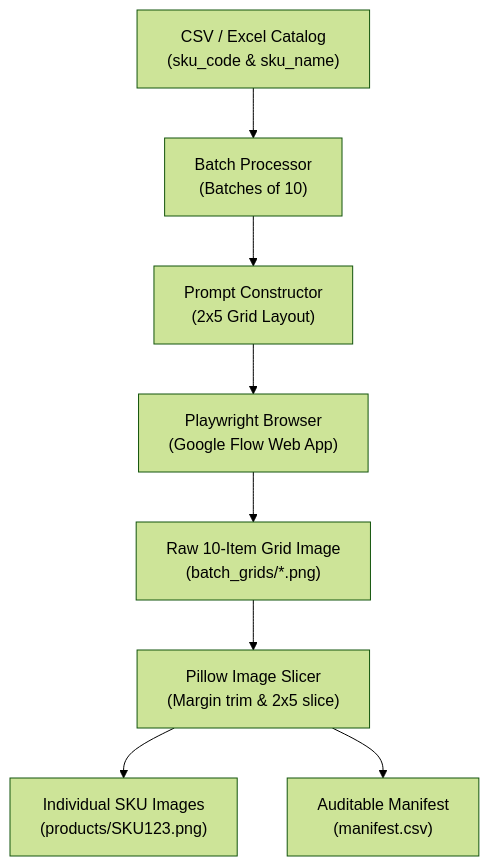
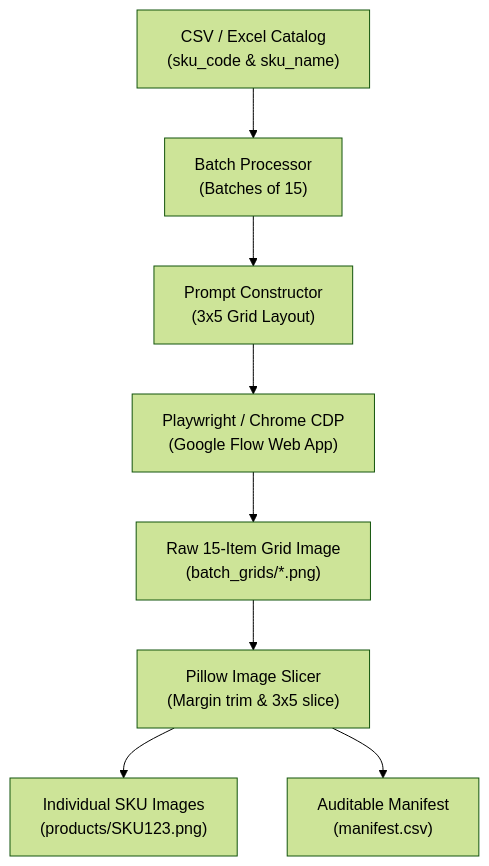
The diagram in README.md (Arshu45/Image_generation_saleor), drawn with Mermaid (forest theme) before and after one commit. The commit also changed other lines of this file and 2 other files, not shown here.

Commit message:
Working code

````diff
--- a/README.md
+++ b/README.md
@@ -43,10 +43,10 @@
 ```mermaid
 flowchart TD
-    A["CSV / Excel Catalog<br>(sku_code & sku_name)"] --> B["Batch Processor<br>(Batches of 10)"]
-    B --> C["Prompt Constructor<br>(2x5 Grid Layout)"]
-    C --> D["Playwright Browser<br>(Google Flow Web App)"]
-    D --> E["Raw 10-Item Grid Image<br>(batch_grids/*.png)"]
-    E --> F["Pillow Image Slicer<br>(Margin trim & 2x5 slice)"]
+    A["CSV / Excel Catalog<br>(sku_code & sku_name)"] --> B["Batch Processor<br>(Batches of 15)"]
+    B --> C["Prompt Constructor<br>(3x5 Grid Layout)"]
+    C --> D["Playwright / Chrome CDP<br>(Google Flow Web App)"]
+    D --> E["Raw 15-Item Grid Image<br>(batch_grids/*.png)"]
+    E --> F["Pillow Image Slicer<br>(Margin trim & 3x5 slice)"]
     F --> G["Individual SKU Images<br>(products/SKU123.png)"]
     F --> H["Auditable Manifest<br>(manifest.csv)"]
 ```
````
